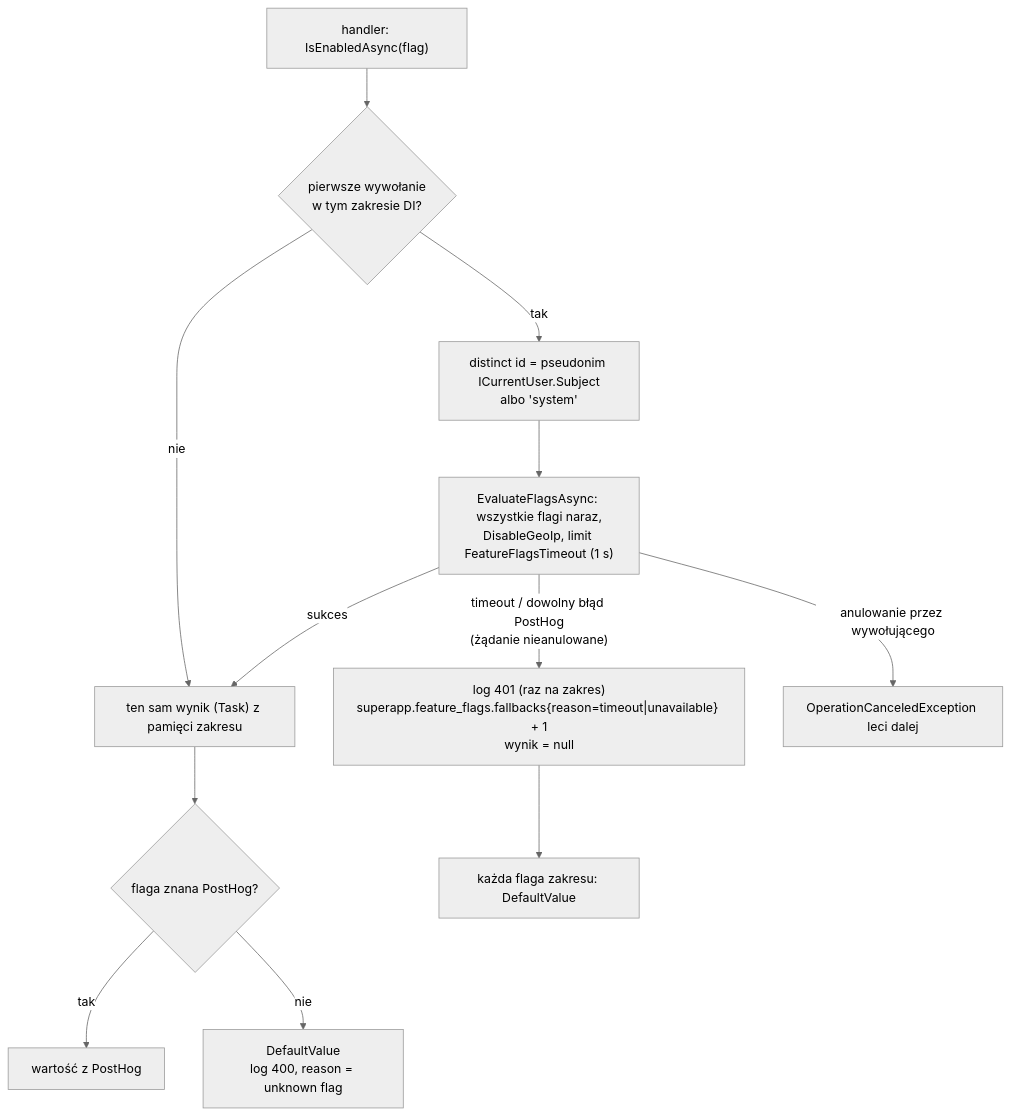
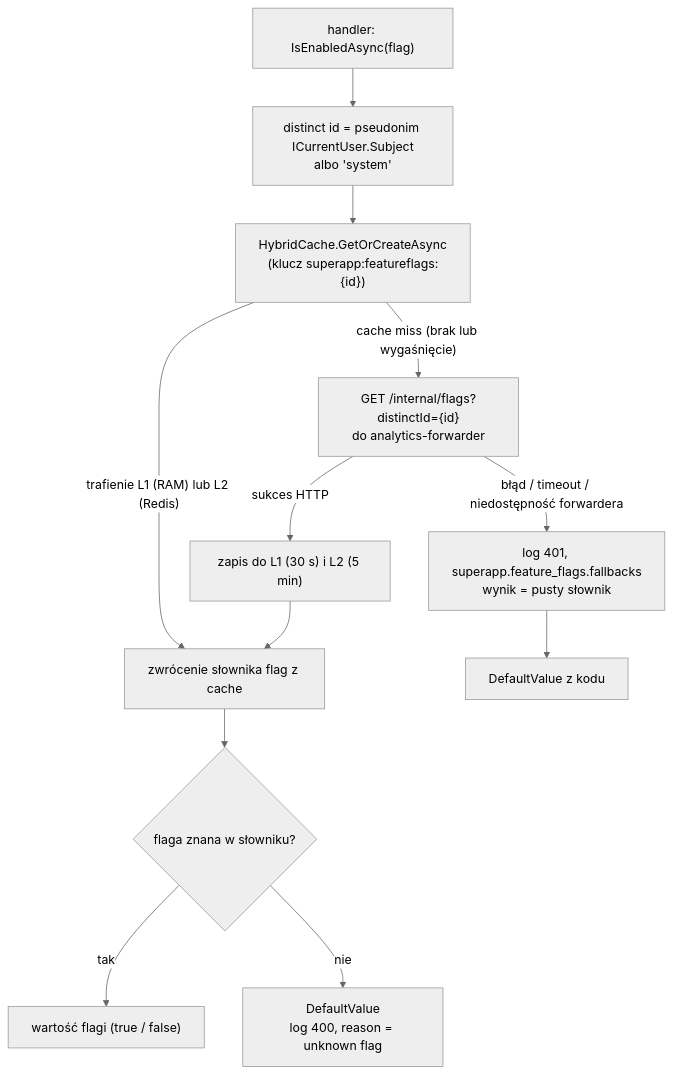
The third of 4 diagrams in docs/przewodnik/21-analityka-i-feature-flags.md (vellezz/dotnet_template), drawn with Mermaid (neutral theme) before and after one commit. The commit also changed other lines of this file and 17 other files, not shown here.

Commit message:
feat(analytics): centralizacja egressu PostHog i ewaluacja feature flags z HybridCache (ADR-0036)

````diff
--- a/docs/przewodnik/21-analityka-i-feature-flags.md
+++ b/docs/przewodnik/21-analityka-i-feature-flags.md
@@ -834,14 +821,14 @@
 ```mermaid
 flowchart TD
-    A["handler: IsEnabledAsync(flag)"] --> B{"pierwsze wywołanie<br/>w tym zakresie DI?"}
-    B -- "tak" --> C["distinct id = pseudonim ICurrentUser.Subject<br/>albo 'system'"]
-    C --> D["EvaluateFlagsAsync: wszystkie flagi naraz,<br/>DisableGeoIp, limit FeatureFlagsTimeout (1 s)"]
-    B -- "nie" --> E["ten sam wynik (Task) z pamięci zakresu"]
-    D -- "sukces" --> E
-    D -- "timeout / dowolny błąd PostHog<br/>(żądanie nieanulowane)" --> F["log 401 (raz na zakres)<br/>superapp.feature_flags.fallbacks{reason=timeout|unavailable} + 1<br/>wynik = null"]
-    D -- "anulowanie przez wywołującego" --> X["OperationCanceledException leci dalej"]
-    E --> G{"flaga znana PostHog?"}
-    G -- "tak" --> H["wartość z PostHog"]
-    G -- "nie" --> I["DefaultValue<br/>log 400, reason = unknown flag"]
-    F --> J["każda flaga zakresu: DefaultValue"]
+    A["handler: IsEnabledAsync(flag)"] --> B["distinct id = pseudonim ICurrentUser.Subject<br/>albo 'system'"]
+    B --> C["HybridCache.GetOrCreateAsync<br/>(klucz superapp:featureflags:{id})"]
+    C -- "trafienie L1 (RAM) lub L2 (Redis)" --> D["zwrócenie słownika flag z cache"]
+    C -- "cache miss (brak lub wygaśnięcie)" --> E["GET /internal/flags?distinctId={id}<br/>do analytics-forwarder"]
+    E -- "sukces HTTP" --> F["zapis do L1 (30 s) i L2 (5 min)"]
+    F --> D
+    E -- "błąd / timeout / niedostępność forwardera" --> G["log 401, superapp.feature_flags.fallbacks<br/>wynik = pusty słownik"]
+    G --> H["DefaultValue z kodu"]
+    D --> I{"flaga znana w słowniku?"}
+    I -- "tak" --> J["wartość flagi (true / false)"]
+    I -- "nie" --> K["DefaultValue<br/>log 400, reason = unknown flag"]
 ```
````
